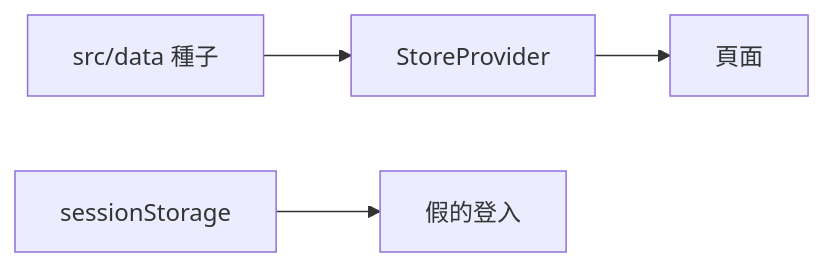
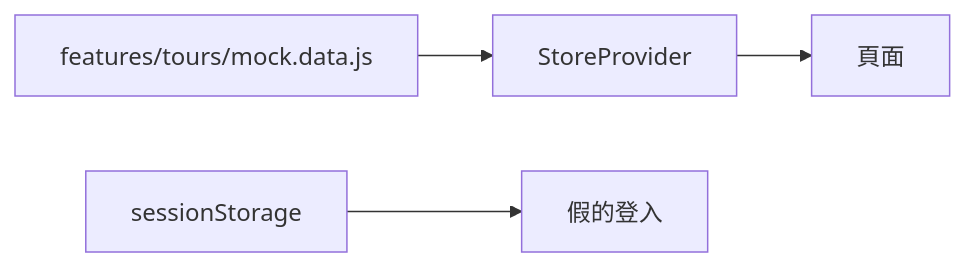
One commit to summer10920/summer10920.github.io changed the first of 5 diagrams in source/_posts/lokiTech-15day-13-project-travel-api.md. Above: the diagram before and after it, drawn with Mermaid. The commit also changed other lines of this file and 2 other files, not shown here.

```diff
--- a/source/_posts/lokiTech-15day-13-project-travel-api.md
+++ b/source/_posts/lokiTech-15day-13-project-travel-api.md
@@ -82,5 +82,5 @@
 {% mermaid graph LR %}
-  seed["src/data 種子"] --> store["StoreProvider"]
+  seed["features/tours/mock.data.js"] --> store["StoreProvider"]
   store --> pages["頁面"]
   session["sessionStorage"] --> gate["假的登入"]
 {% endmermaid %}
```
